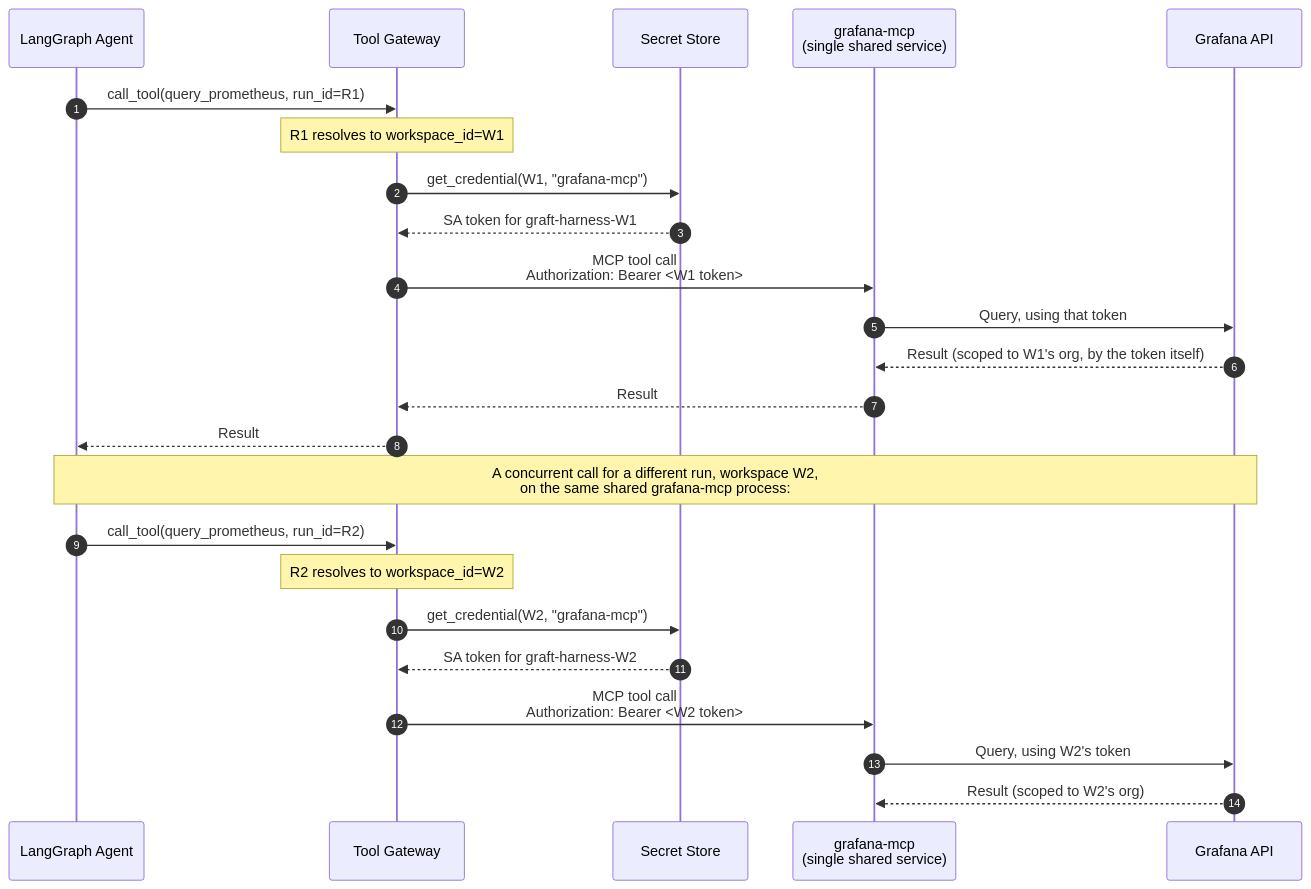
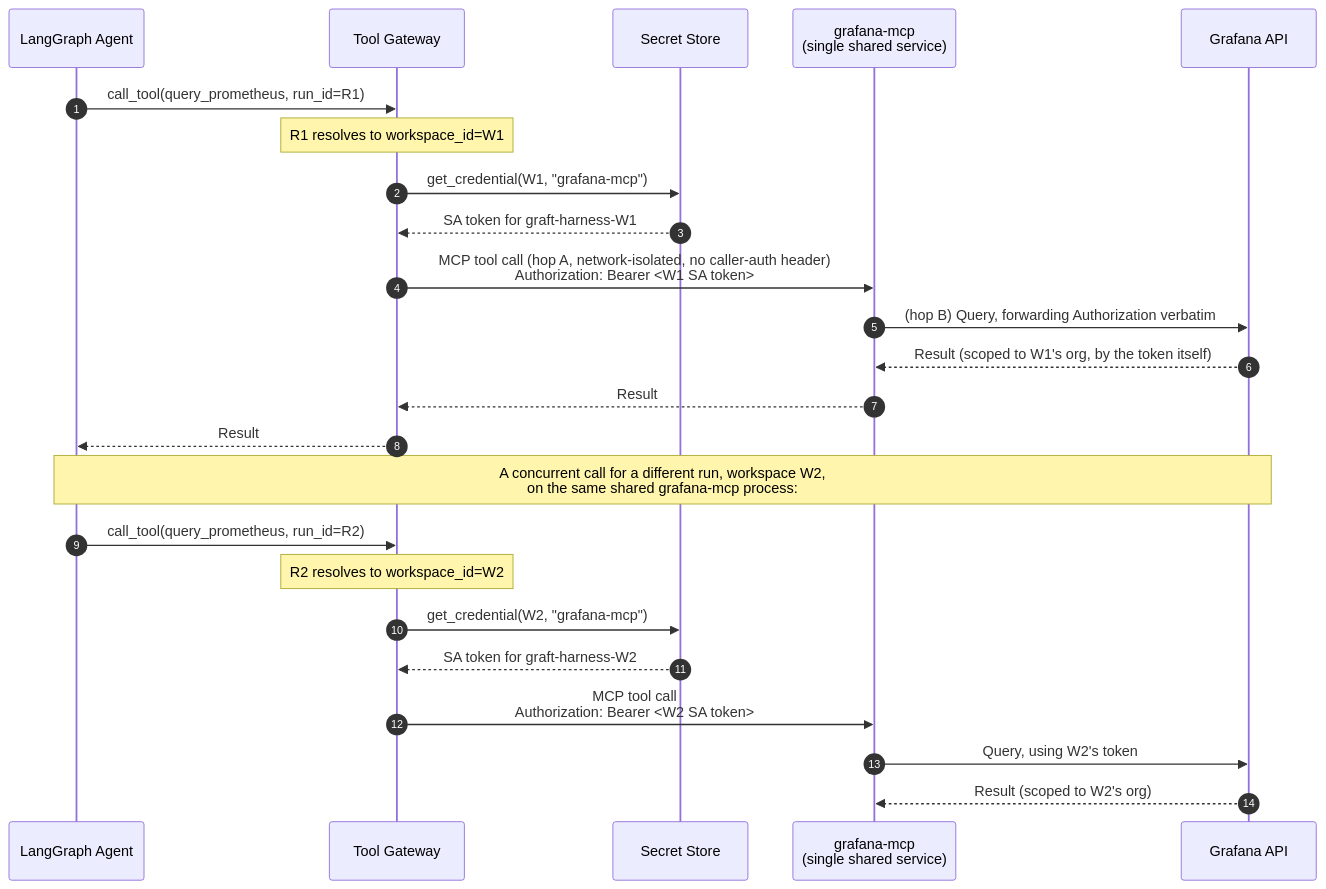
One commit to vikshana/graft-agent-harness changed the diagram in docs/design/grafana-mcp-multi-tenancy.md. Above: the diagram before and after it, drawn with Mermaid. The commit also changed other lines of this file and 5 other files, not shown here.

````diff
--- a/docs/design/grafana-mcp-multi-tenancy.md
+++ b/docs/design/grafana-mcp-multi-tenancy.md
@@ -61,28 +102,28 @@
 ```mermaid
 sequenceDiagram
     autonumber
     participant AGENT as LangGraph Agent
     participant TG as Tool Gateway
     participant SEC as Secret Store
     participant GMCP as grafana-mcp<br/>(single shared service)
     participant GF as Grafana API
 
     AGENT->>TG: call_tool(query_prometheus, run_id=R1)
     Note over TG: R1 resolves to workspace_id=W1
     TG->>SEC: get_credential(W1, "grafana-mcp")
     SEC-->>TG: SA token for graft-harness-W1
-    TG->>GMCP: MCP tool call<br/>Authorization: Bearer <W1 token>
-    GMCP->>GF: Query, using that token
+    TG->>GMCP: MCP tool call (hop A, network-isolated, no caller-auth header)<br/>Authorization: Bearer <W1 SA token>
+    GMCP->>GF: (hop B) Query, forwarding Authorization verbatim
     GF-->>GMCP: Result (scoped to W1's org, by the token itself)
     GMCP-->>TG: Result
     TG-->>AGENT: Result
 
     Note over AGENT,GF: A concurrent call for a different run, workspace W2,<br/>on the same shared grafana-mcp process:
     AGENT->>TG: call_tool(query_prometheus, run_id=R2)
     Note over TG: R2 resolves to workspace_id=W2
     TG->>SEC: get_credential(W2, "grafana-mcp")
     SEC-->>TG: SA token for graft-harness-W2
-    TG->>GMCP: MCP tool call<br/>Authorization: Bearer <W2 token>
+    TG->>GMCP: MCP tool call<br/>Authorization: Bearer <W2 SA token>
     GMCP->>GF: Query, using W2's token
     GF-->>GMCP: Result (scoped to W2's org)
 ```
````
